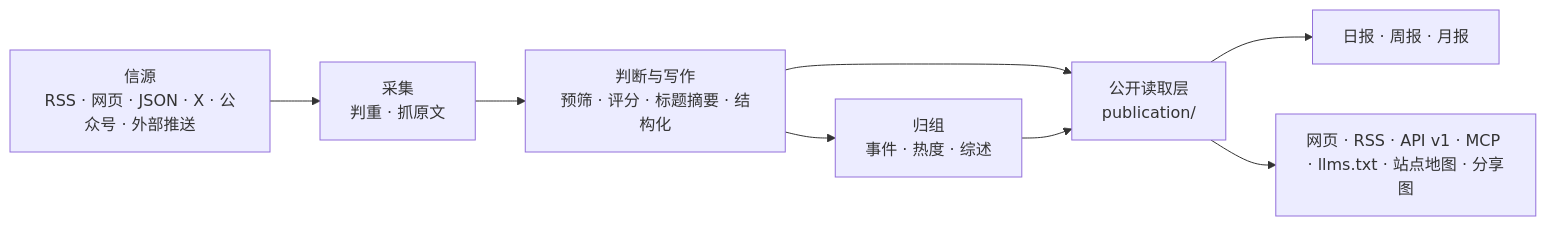
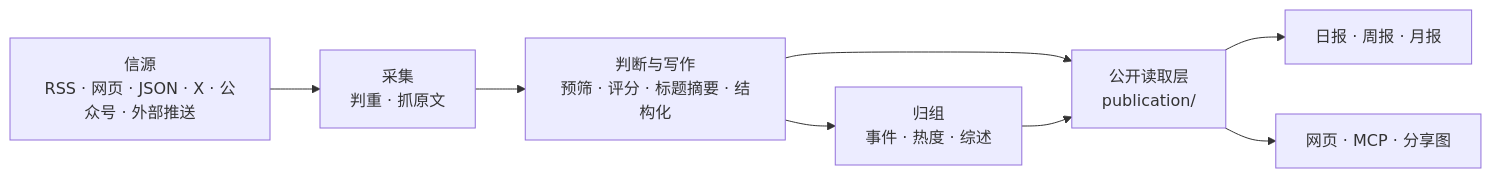
The diagram in docs/architecture.md (ttm43/myhot), drawn with Mermaid before and after one commit. The commit also changed other lines of this file and 106 other files, not shown here.

````diff
--- a/docs/architecture.md
+++ b/docs/architecture.md
@@ -3,10 +3,10 @@
 ```mermaid
 flowchart LR
   S["信源<br/>RSS · 网页 · JSON · X · 公众号 · 外部推送"] --> C["采集<br/>判重 · 抓原文"]
   C --> J["判断与写作<br/>预筛 · 评分 · 标题摘要 · 结构化"]
   J --> G["归组<br/>事件 · 热度 · 综述"]
   J --> P["公开读取层<br/>publication/"]
   G --> P
   P --> R["日报 · 周报 · 月报"]
-  P --> O["网页 · RSS · API v1 · MCP · llms.txt · 站点地图 · 分享图"]
+  P --> O["网页 · MCP · 分享图"]
 ```
````
